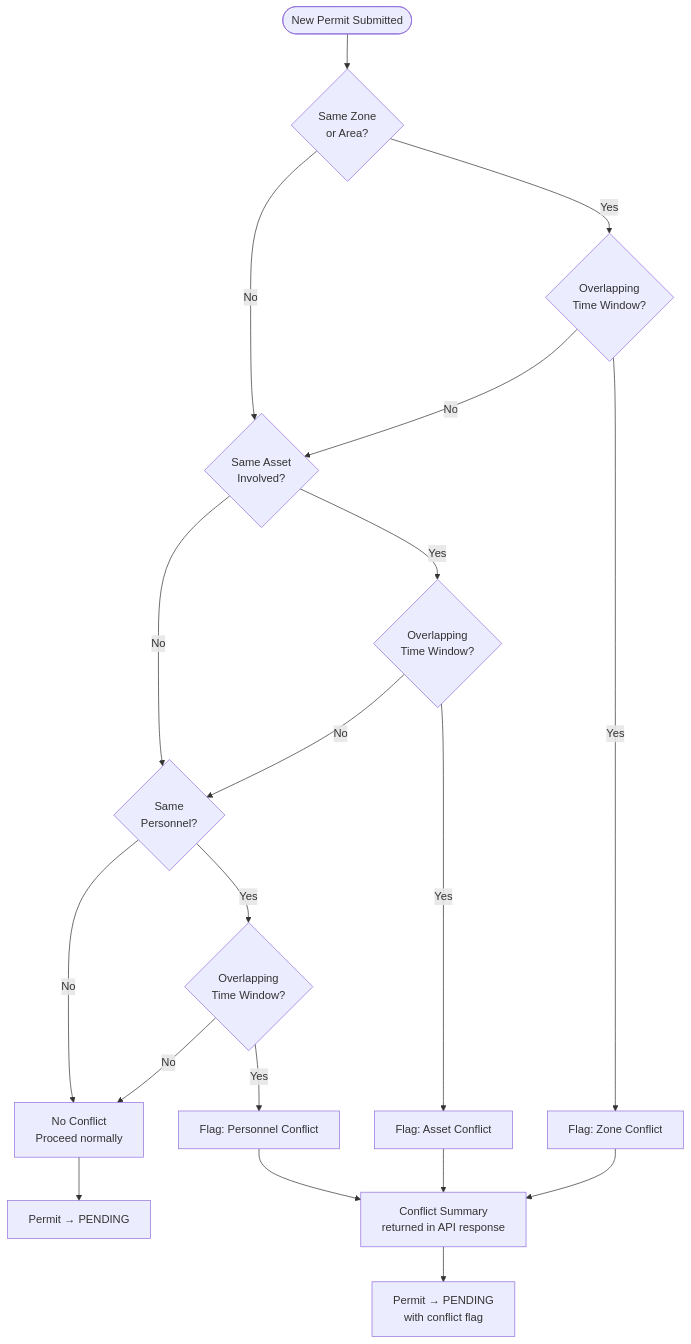
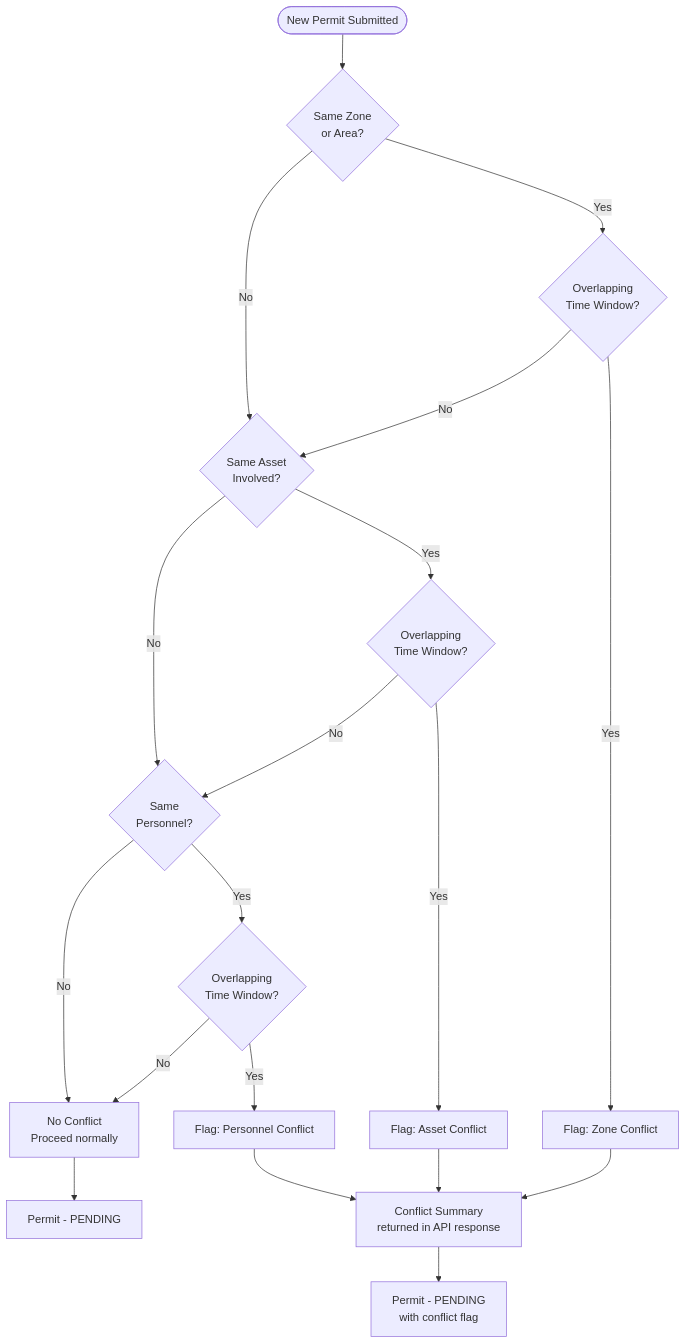
One commit to Nandan222001/health_smart_engage changed the third of 3 diagrams in docs/diagrams/flows/03_permit_flow.md. Above: the diagram before and after it, drawn with Mermaid. The commit also changed other lines of this file and 15 other files, not shown here.

First line of the commit message:
fix: repair Mermaid rendering errors across all diagram files

````diff
--- a/docs/diagrams/flows/03_permit_flow.md
+++ b/docs/diagrams/flows/03_permit_flow.md
@@ -90,24 +90,24 @@
 ```mermaid
 flowchart TD
     NEW_PERMIT([New Permit Submitted]) --> CHECK1{Same Zone\nor Area?}
     CHECK1 -->|No| CHECK2
     CHECK1 -->|Yes| CHECK_TIME1{Overlapping\nTime Window?}
     CHECK_TIME1 -->|No| CHECK2
     CHECK_TIME1 -->|Yes| FLAG_ZONE[Flag: Zone Conflict]
 
     CHECK2{Same Asset\nInvolved?}
     CHECK2 -->|No| CHECK3
     CHECK2 -->|Yes| CHECK_TIME2{Overlapping\nTime Window?}
     CHECK_TIME2 -->|No| CHECK3
     CHECK_TIME2 -->|Yes| FLAG_ASSET[Flag: Asset Conflict]
 
     CHECK3{Same\nPersonnel?}
     CHECK3 -->|No| NO_CONFLICT[No Conflict\nProceed normally]
     CHECK3 -->|Yes| CHECK_TIME3{Overlapping\nTime Window?}
     CHECK_TIME3 -->|No| NO_CONFLICT
     CHECK_TIME3 -->|Yes| FLAG_PERSON[Flag: Personnel Conflict]
 
     FLAG_ZONE & FLAG_ASSET & FLAG_PERSON --> CONFLICT_SUMMARY[Conflict Summary\nreturned in API response]
-    NO_CONFLICT --> PERMIT_PENDING[Permit → PENDING]
-    CONFLICT_SUMMARY --> PERMIT_PENDING_C[Permit → PENDING\nwith conflict flag]
+    NO_CONFLICT --> PERMIT_PENDING[Permit - PENDING]
+    CONFLICT_SUMMARY --> PERMIT_PENDING_C[Permit - PENDING\nwith conflict flag]
 ```
````
